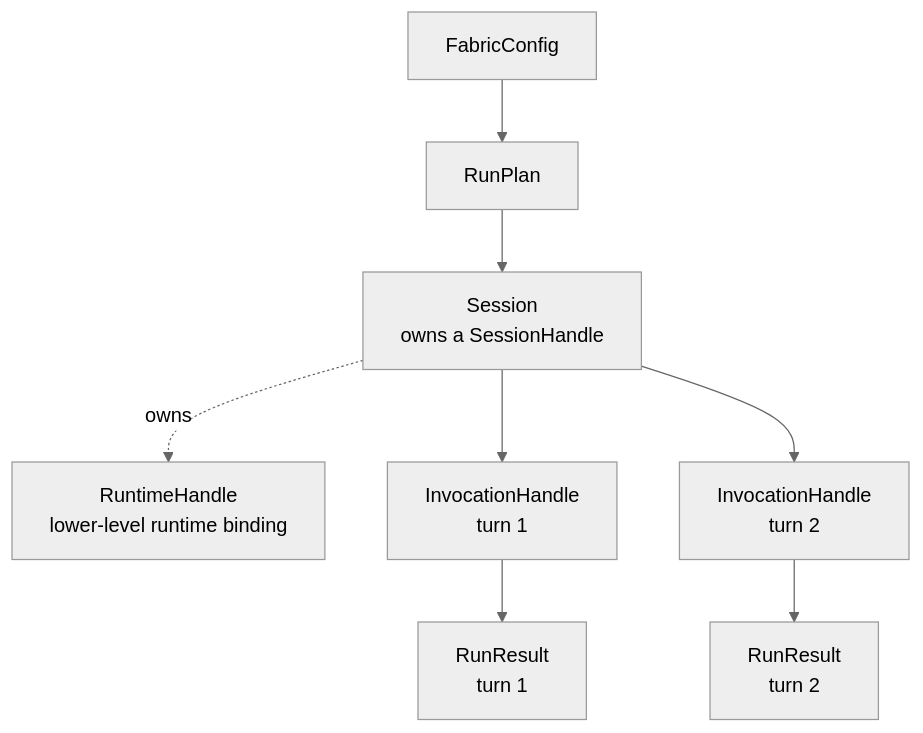
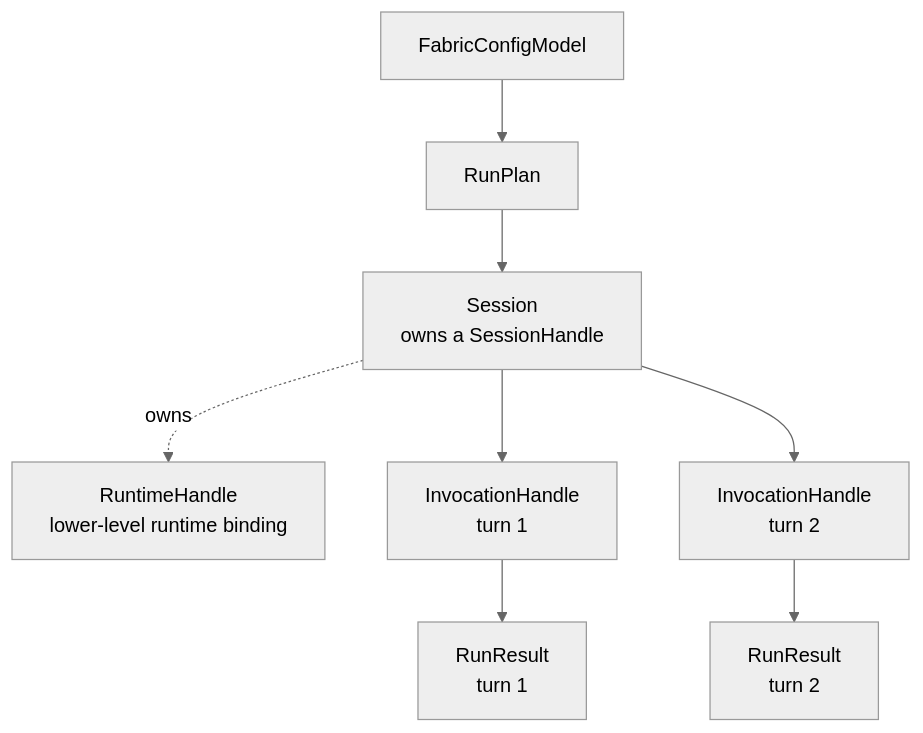
The diagram in docs/sdk/python.mdx (NVIDIA/NeMo-Fabric), drawn with Mermaid (neutral theme) before and after one commit. The commit also changed other lines of this file and 18 other files, not shown here.

````diff
--- a/docs/sdk/python.mdx
+++ b/docs/sdk/python.mdx
@@ -36,17 +37,17 @@
 ```mermaid
 flowchart TB
-  Config["FabricConfig"]
+  Config["FabricConfigModel"]
   Plan["RunPlan"]
   Session["Session<br/>owns a SessionHandle"]
   Runtime["RuntimeHandle<br/>lower-level runtime binding"]
   Invoke1["InvocationHandle<br/>turn 1"]
   Invoke2["InvocationHandle<br/>turn 2"]
   Result1["RunResult<br/>turn 1"]
   Result2["RunResult<br/>turn 2"]
 
   Config --> Plan
   Plan --> Session
   Session -. owns .-> Runtime
   Session --> Invoke1 --> Result1
   Session --> Invoke2 --> Result2
 ```
````
